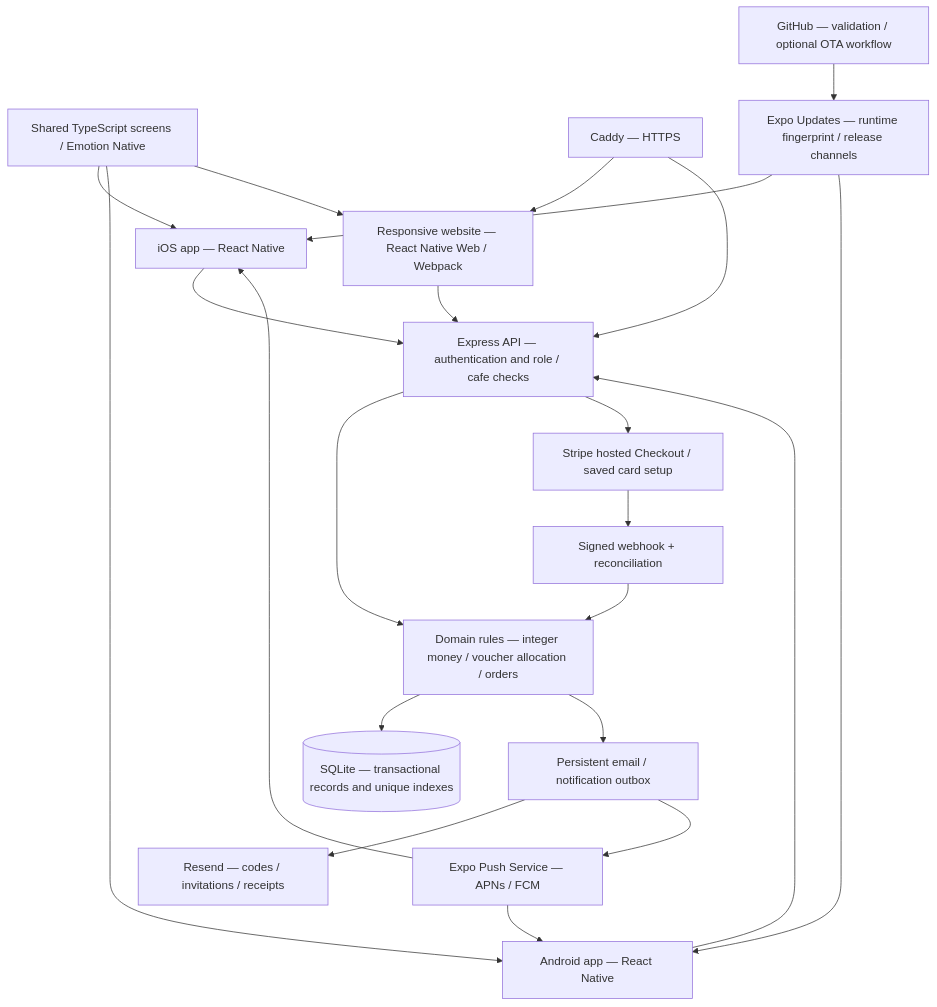
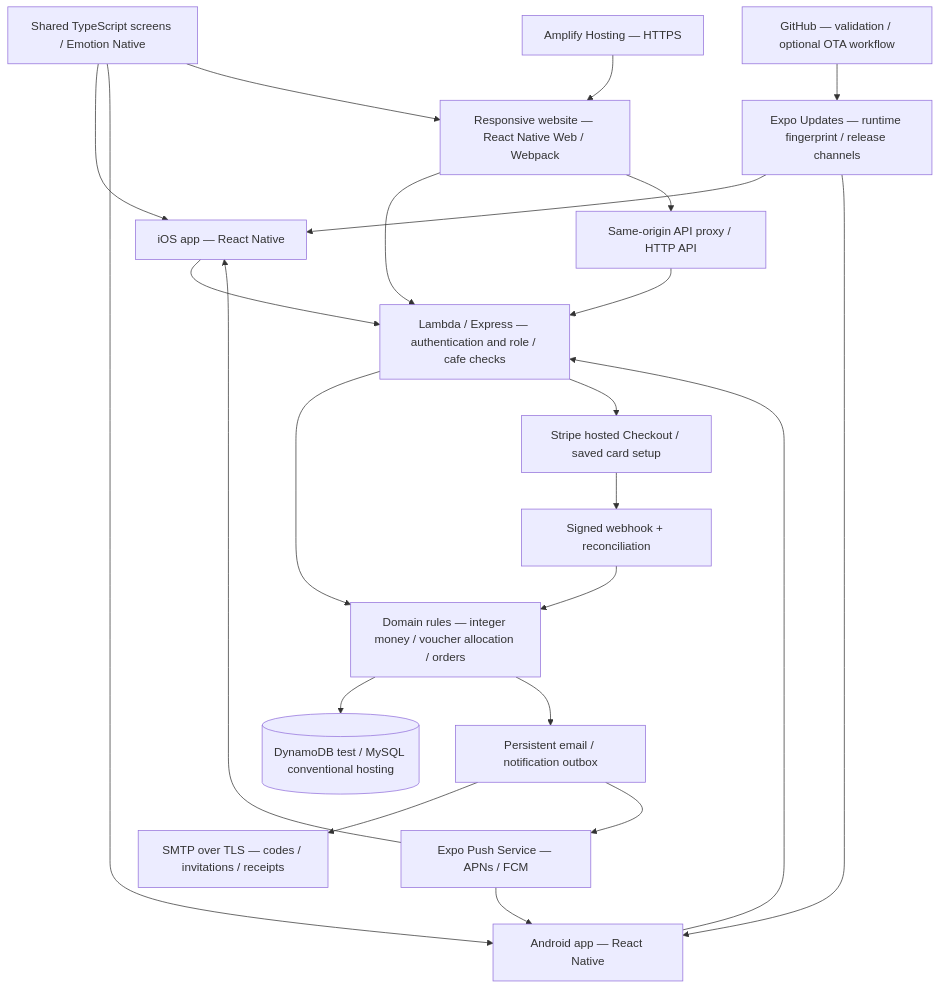
One commit to marcoarevalo3426/cafe changed the diagram in README.md. Above: the diagram before and after it, drawn with Mermaid. The commit also changed other lines of this file and 46 other files, not shown here.

Commit message:
Deploy low-cost Cafe test on Amplify with Lambda and DynamoDB

````diff
--- a/README.md
+++ b/README.md
@@ -37,24 +42,25 @@
 ```mermaid
 flowchart TD
     IOS[iOS app — React Native] --> API
     AND[Android app — React Native] --> API
     WEB[Responsive website — React Native Web / Webpack] --> API
     UI[Shared TypeScript screens / Emotion Native] --> IOS
     UI --> AND
     UI --> WEB
-    PROXY[Caddy — HTTPS] --> WEB
-    PROXY --> API[Express API — authentication and role / cafe checks]
+    HOST[Amplify Hosting — HTTPS] --> WEB
+    WEB --> GATE[Same-origin API proxy / HTTP API]
+    GATE --> API[Lambda / Express — authentication and role / cafe checks]
     API --> DOMAIN[Domain rules — integer money / voucher allocation / orders]
-    DOMAIN --> DB[(SQLite — transactional records and unique indexes)]
+    DOMAIN --> DB[(DynamoDB test / MySQL conventional hosting)]
     API --> CHECKOUT[Stripe hosted Checkout / saved card setup]
     CHECKOUT --> HOOK[Signed webhook + reconciliation]
     HOOK --> DOMAIN
     DOMAIN --> OUTBOX[Persistent email / notification outbox]
-    OUTBOX --> EMAIL[Resend — codes / invitations / receipts]
+    OUTBOX --> EMAIL[SMTP over TLS — codes / invitations / receipts]
     OUTBOX --> PUSH[Expo Push Service — APNs / FCM]
     PUSH --> IOS
     PUSH --> AND
     OTA[Expo Updates — runtime fingerprint / release channels] --> IOS
     OTA --> AND
     GH[GitHub — validation / optional OTA workflow] --> OTA
 ```
````
